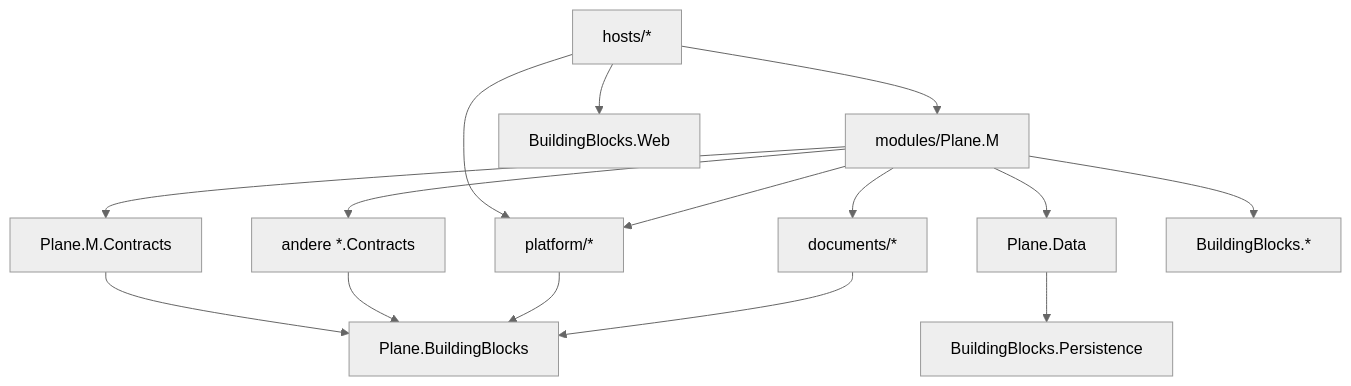
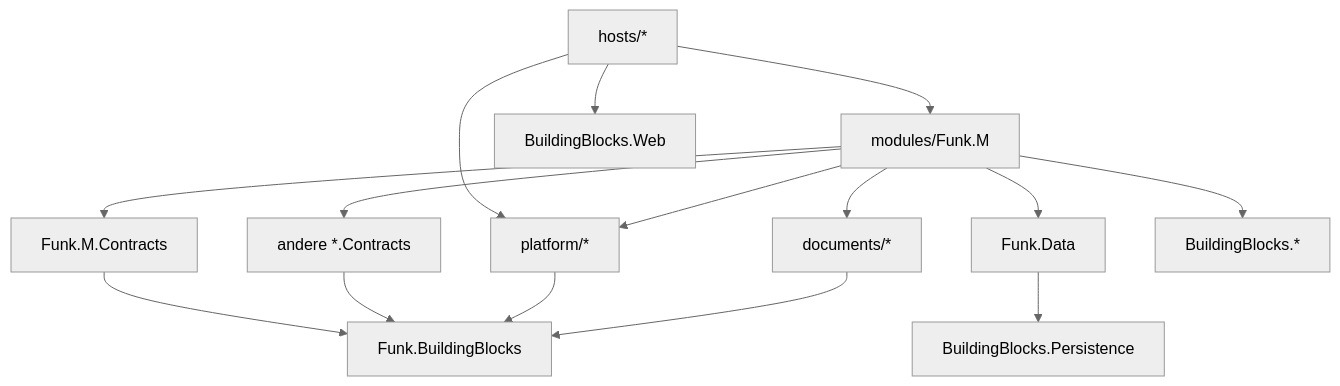
The third of 4 diagrams in migration/architecture/01-zielarchitektur-und-tech-stack.md (mlwr/plane), drawn with Mermaid (neutral theme) before and after one commit. The commit also changed other lines of this file and 27 other files, not shown here.

First line of the commit message:
docs(migration): rename target identifiers to funk in architecture and plan docs

````diff
--- a/migration/architecture/01-zielarchitektur-und-tech-stack.md
+++ b/migration/architecture/01-zielarchitektur-und-tech-stack.md
@@ -714,17 +714,17 @@
 ```mermaid
 flowchart TB
-  Hosts[hosts/*] --> Modules[modules/Plane.M]
+  Hosts[hosts/*] --> Modules[modules/Funk.M]
   Hosts --> Platform[platform/*]
   Hosts --> BBWeb[BuildingBlocks.Web]
-  Modules --> OwnContracts[Plane.M.Contracts]
+  Modules --> OwnContracts[Funk.M.Contracts]
   Modules --> OtherContracts[andere *.Contracts]
-  Modules --> Data[Plane.Data]
+  Modules --> Data[Funk.Data]
   Modules --> Platform
   Modules --> Docs[documents/*]
   Modules --> BB[BuildingBlocks.*]
-  OwnContracts --> BBCore[Plane.BuildingBlocks]
+  OwnContracts --> BBCore[Funk.BuildingBlocks]
   OtherContracts --> BBCore
   Data --> BBPers[BuildingBlocks.Persistence]
   Platform --> BBCore
   Docs --> BBCore
 ```
````
